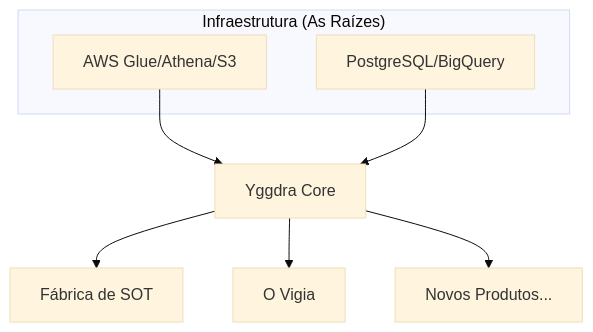
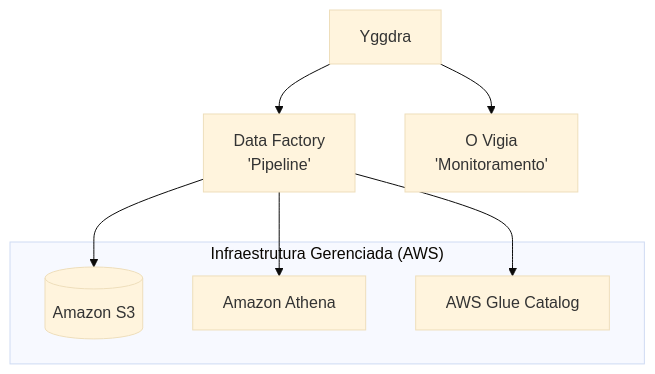
One commit to Oliver-Data-Engineer/AWS_Data_Factory changed the first of 2 diagrams in README.md. Above: the diagram before and after it, drawn with Mermaid (base theme). The commit also changed other lines of this file and 19 other files, not shown here.

````diff
--- a/README.md
+++ b/README.md
@@ -22,15 +29,16 @@
 ```mermaid
 graph TD
-    Y[Yggdra Core] --> FS[Fábrica de SOT]
-    Y --> OV[O Vigia]
-    Y --> DP[Novos Produtos...]
+    Y[Yggdra ] --> DF[Data Factory <br> 'Pipeline']
+    Y --> OV[O Vigia <br> 'Monitoramento']
     
-    subgraph "Infraestrutura (As Raízes)"
-    AWS[AWS Glue/Athena/S3]
-    SQL[PostgreSQL/BigQuery]
+    subgraph "Infraestrutura Gerenciada (AWS)"
+
+        S3[(Amazon S3)]
+        ATHENA[Amazon Athena]
+        GLUE[AWS Glue Catalog]
     end
     
-    AWS --> Y
-    SQL --> Y
-
+    DF --> S3
+    DF --> ATHENA
+    DF --> GLUE
 ```
````
